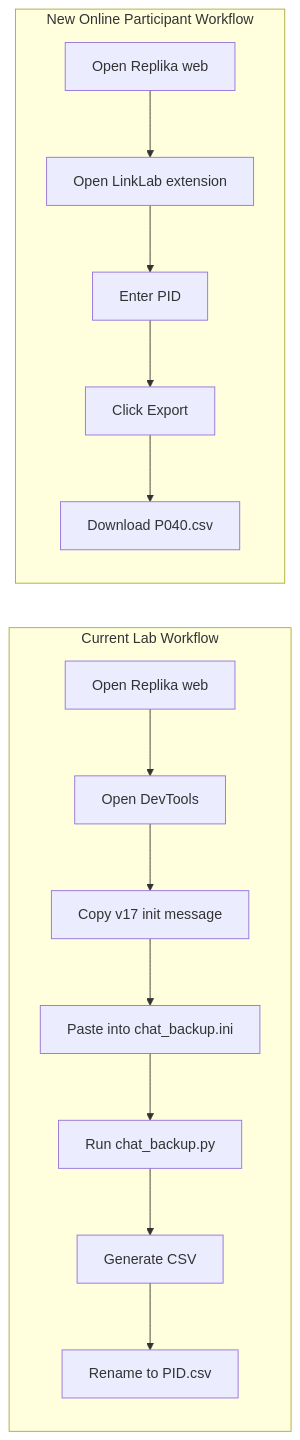
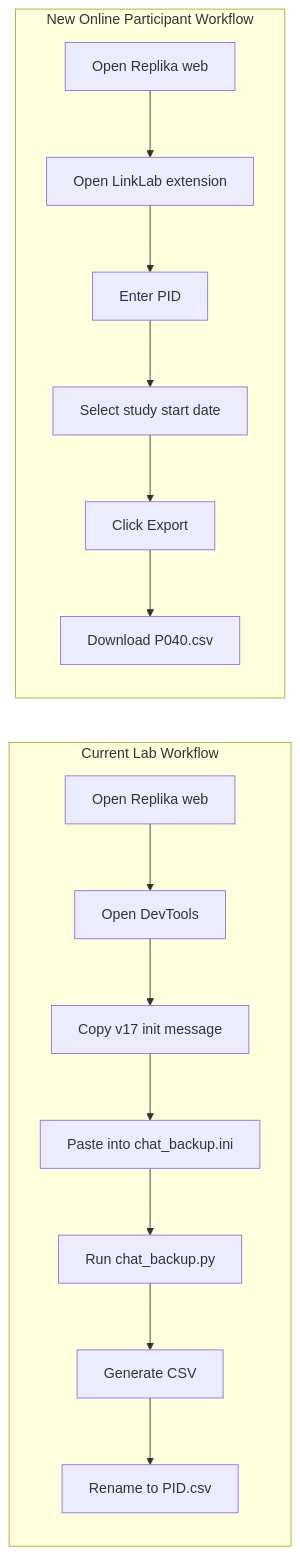
One commit to PengLin-Zilv/CompanionLink changed the second of 7 diagrams in replika-online-export-visual-workflow.md. Above: the diagram before and after it, drawn with Mermaid. The commit also changed other lines of this file and 12 other files, not shown here.

Commit message:
feat: filter exports by study start date

````diff
--- a/replika-online-export-visual-workflow.md
+++ b/replika-online-export-visual-workflow.md
@@ -83,18 +87,19 @@
 ```mermaid
 flowchart LR
     subgraph Current["Current Lab Workflow"]
         A1["Open Replika web"] --> A2["Open DevTools"]
         A2 --> A3["Copy v17 init message"]
         A3 --> A4["Paste into chat_backup.ini"]
         A4 --> A5["Run chat_backup.py"]
         A5 --> A6["Generate CSV"]
         A6 --> A7["Rename to PID.csv"]
     end
 
     subgraph New["New Online Participant Workflow"]
         B1["Open Replika web"] --> B2["Open LinkLab extension"]
         B2 --> B3["Enter PID"]
-        B3 --> B4["Click Export"]
-        B4 --> B5["Download P040.csv"]
+        B3 --> B4["Select study start date"]
+        B4 --> B5["Click Export"]
+        B5 --> B6["Download P040.csv"]
     end
 ```
````
